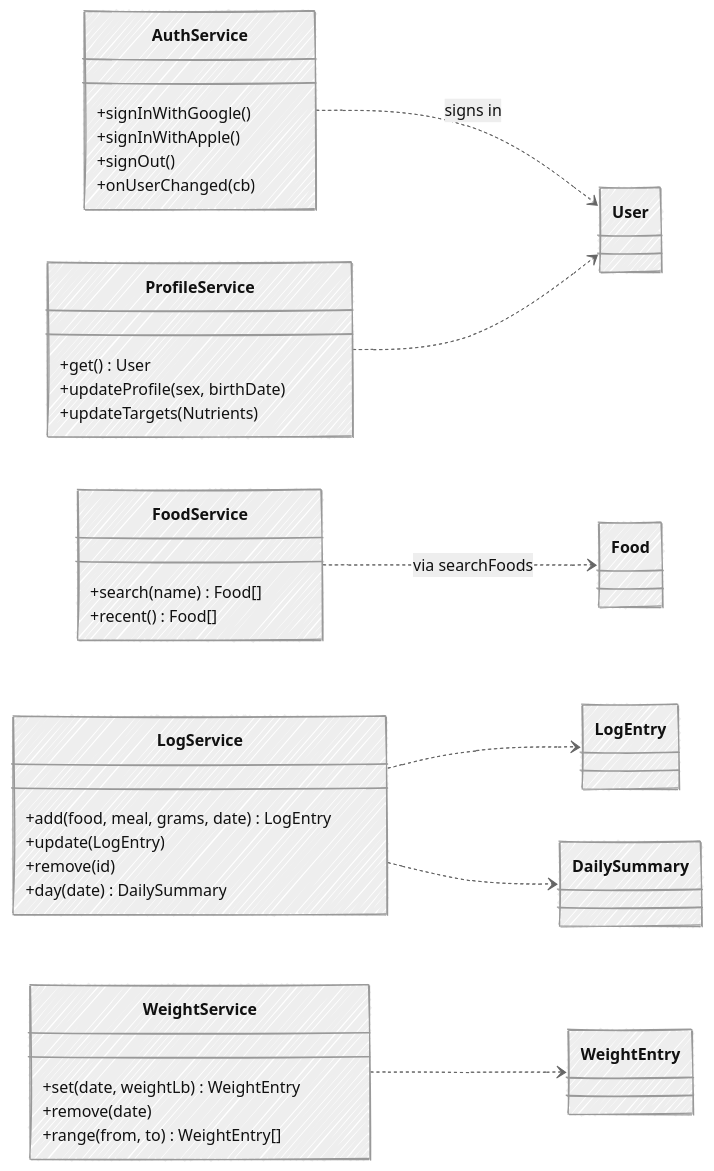
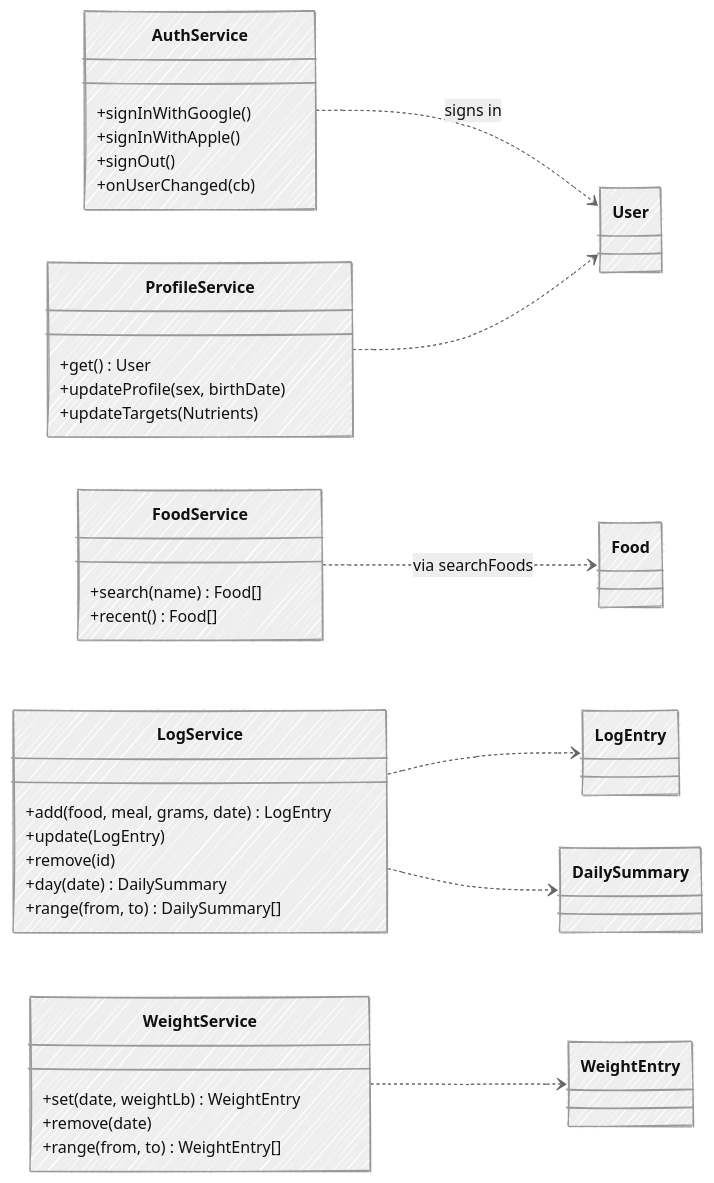
Before and after one commit to ai-rayven/wellness-ai: the fourth of 4 diagrams in docs/mvp.md, drawn with Mermaid. The commit also changed other lines of this file, not shown here.

````diff
--- a/docs/mvp.md
+++ b/docs/mvp.md
@@ -228,43 +229,44 @@
 ```mermaid
 ---
 config:
   look: handDrawn
   theme: neutral
 ---
 classDiagram
     direction LR
 
     class AuthService {
         +signInWithGoogle()
         +signInWithApple()
         +signOut()
         +onUserChanged(cb)
     }
     class ProfileService {
         +get() User
         +updateProfile(sex, birthDate)
         +updateTargets(Nutrients)
     }
     class FoodService {
         +search(name) Food[]
         +recent() Food[]
     }
     class LogService {
         +add(food, meal, grams, date) LogEntry
         +update(LogEntry)
         +remove(id)
         +day(date) DailySummary
+        +range(from, to) DailySummary[]
     }
     class WeightService {
         +set(date, weightLb) WeightEntry
         +remove(date)
         +range(from, to) WeightEntry[]
     }
 
     AuthService ..> User : signs in
     ProfileService ..> User
     FoodService ..> Food : via searchFoods
     LogService ..> LogEntry
     LogService ..> DailySummary
     WeightService ..> WeightEntry
 ```
````
